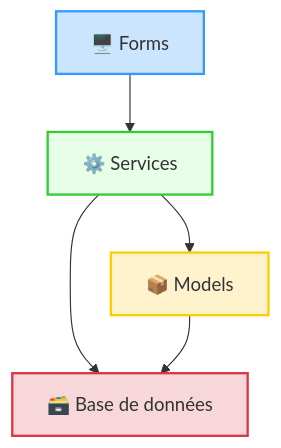
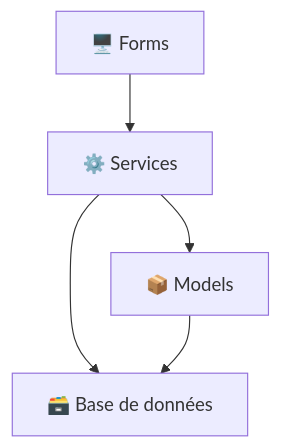
The diagram in README.md (MostxFull/Systeme-de-Pointage-Biometrique), drawn with Mermaid before and after one commit. The commit also changed other lines of this file, not shown here.

````diff
--- a/README.md
+++ b/README.md
@@ -35,17 +35,12 @@
 ```mermaid
 graph TD
     UI["🖥️ Forms"]
     Services["⚙️ Services"]
     Models["📦 Models"]
     DAL["🗃️ Base de données"]
 
     UI --> Services
     Services --> Models
     Services --> DAL
     Models --> DAL
-
-    style UI fill:#cce5ff,stroke:#3399ff,stroke-width:2px
-    style Services fill:#e6ffe6,stroke:#33cc33,stroke-width:2px
-    style Models fill:#fff3cd,stroke:#ffcc00,stroke-width:2px
-    style DAL fill:#f8d7da,stroke:#dc3545,stroke-width:2px
 ```
````
